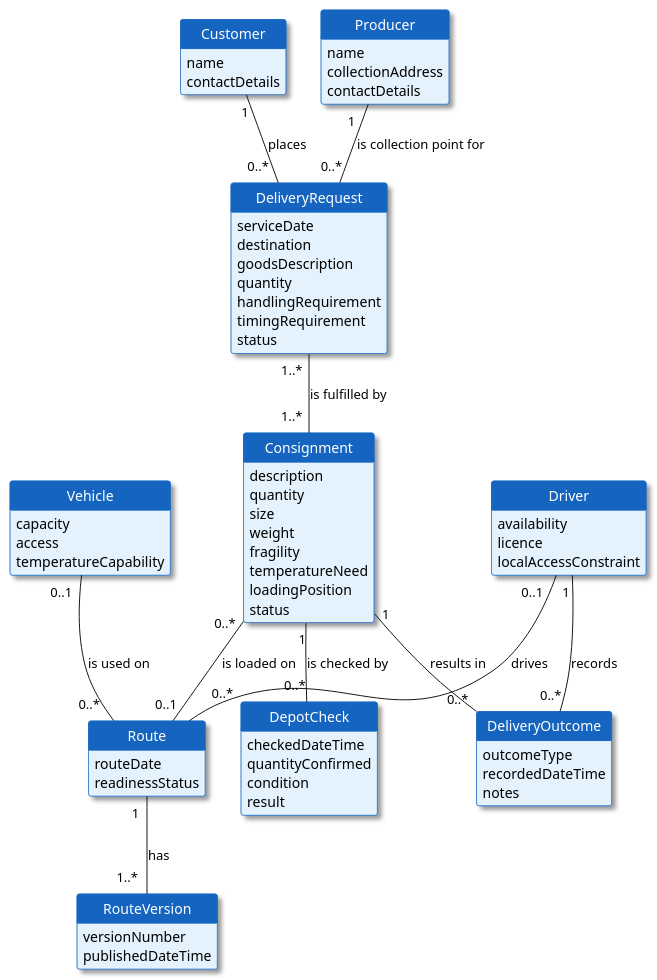
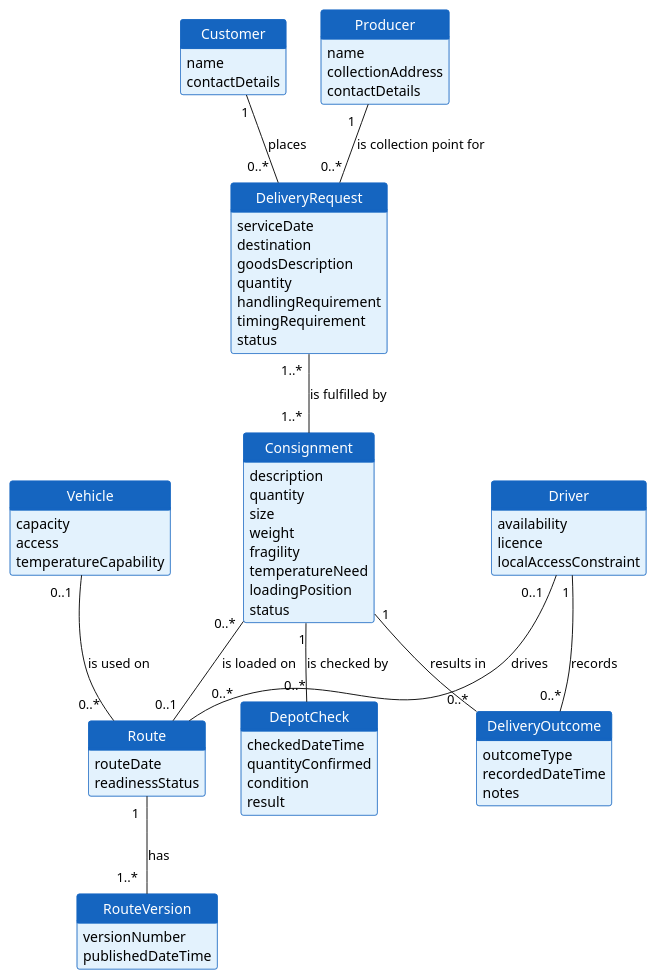
The diagram in diagrams/domain-model.puml (Teg-roeg/RegionalDeliveryCoordinationService_HT), drawn with PlantUML before and after one commit. The commit also changed 1 other file, not shown here.

Commit message:
Adding sample diagrams and feature

```diff
--- a/diagrams/domain-model.puml
+++ b/diagrams/domain-model.puml
@@ -1,100 +1,100 @@
 @startuml
 hide circle
 hide methods
 skinparam shadowing false
 skinparam classAttributeIconSize 0
 skinparam defaultFontName "Segoe UI"
-skinparam shadowing true
+skinparam shadowing false
 skinparam backgroundColor White
 
 skinparam class {
   BackgroundColor #E3F2FD
   BorderColor #1565C0
   HeaderBackgroundColor #1565C0
   HeaderFontColor White
   FontColor #FFFFFFF
 }
 
 
 class Customer {
   name
   contactDetails
 }
 
 class Producer {
   name
   collectionAddress
   contactDetails
 }
 
 class DeliveryRequest {
   serviceDate
   destination
   goodsDescription
   quantity
   handlingRequirement
   timingRequirement
   status
 }
 
 class Consignment {
   description
   quantity
   size
   weight
   fragility
   temperatureNeed
   loadingPosition
   status
 }
 
 class Vehicle {
   capacity
   access
   temperatureCapability
 }
 
 class Driver {
   availability
   licence
   localAccessConstraint
 }
 
 class Route {
   routeDate
   readinessStatus
 }
 
 class RouteVersion {
   versionNumber
   publishedDateTime
 }
 
 class DepotCheck {
   checkedDateTime
   quantityConfirmed
   condition
   result
 }
 
 class DeliveryOutcome {
   outcomeType
   recordedDateTime
   notes
 }
 
 Customer " 1" -- "0..*	" DeliveryRequest : places
 Producer "1   " -- "0..*" DeliveryRequest : is collection point for
 DeliveryRequest "1..*	" -- "1..*	" Consignment : is fulfilled by
 Consignment "0..*" -- "0..1" Route : is loaded on
 Route "1  " -- "1..*  " RouteVersion : has
 
 Vehicle "0..1  " -- "0..*	" Route : is used on
 Driver "0..1   " -- "	0..*" Route : drives
 Consignment "1" -- "0..*" DepotCheck : is checked by
 Consignment "1" -- "		0..*" DeliveryOutcome : results in
 Driver "1 " -- "0..*" DeliveryOutcome : records
 
 
 
 @enduml
```
